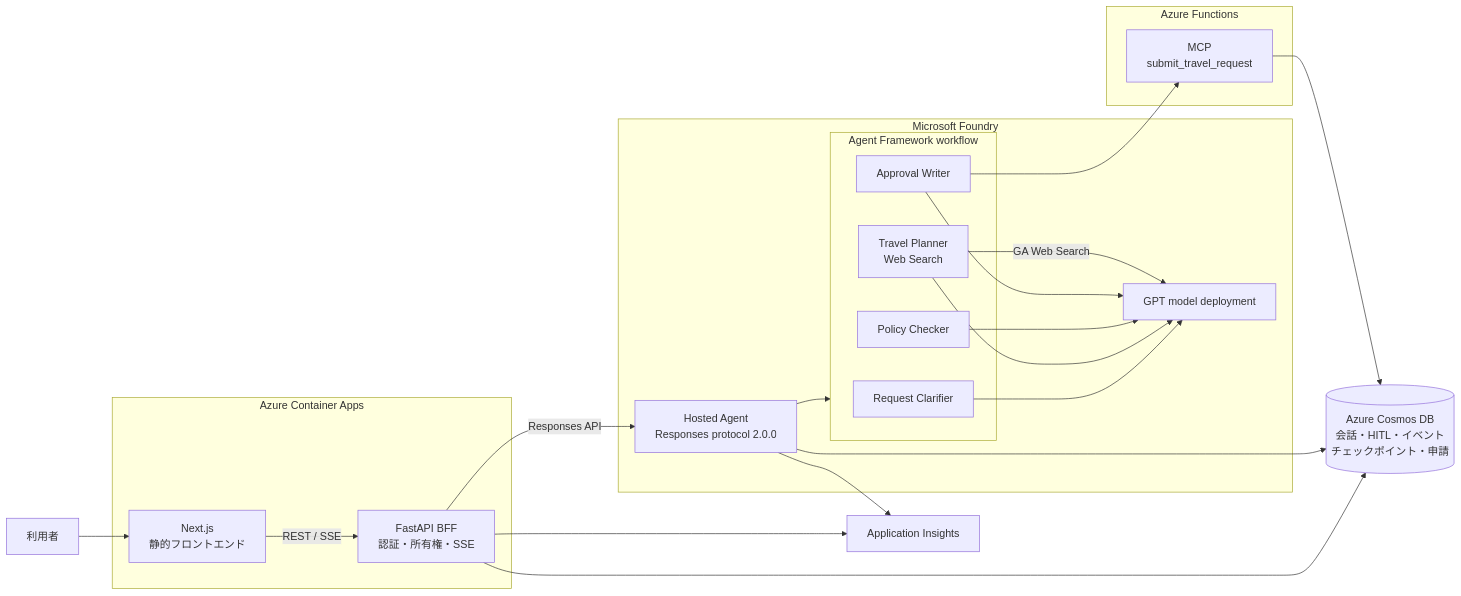
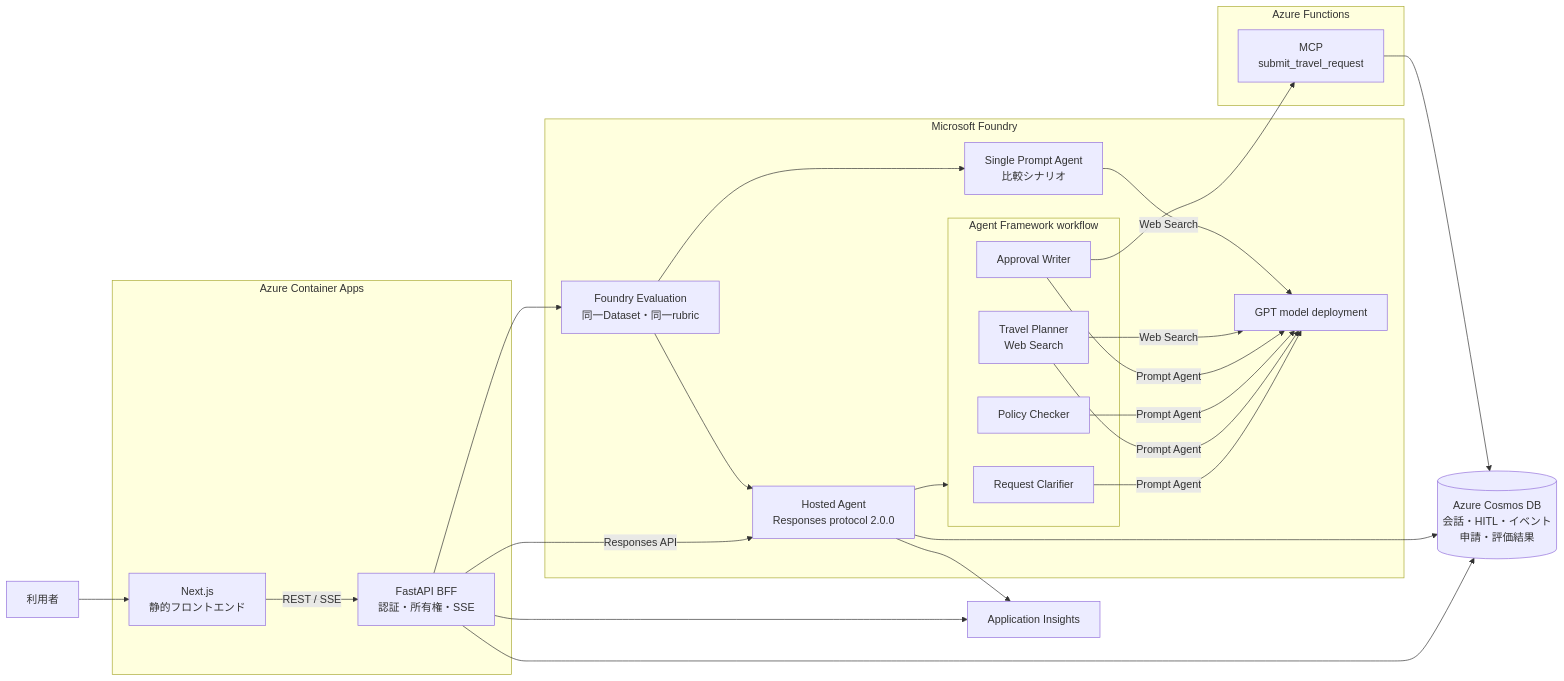
The first of 2 diagrams in README.md (teshi22/grobal_azure_demo), drawn with Mermaid before and after one commit. The commit also changed other lines of this file and 38 other files, not shown here.

First line of the commit message:
feat: compare Foundry agent architectures

````diff
--- a/README.md
+++ b/README.md
@@ -11,39 +11,45 @@
 ```mermaid
 flowchart LR
     User["利用者"]
 
     subgraph CA["Azure Container Apps"]
         Web["Next.js<br/>静的フロントエンド"]
         BFF["FastAPI BFF<br/>認証・所有権・SSE"]
     end
 
     subgraph Foundry["Microsoft Foundry"]
         Host["Hosted Agent<br/>Responses protocol 2.0.0"]
         subgraph AF["Agent Framework workflow"]
             Clarifier["Request Clarifier"]
             Planner["Travel Planner<br/>Web Search"]
             Policy["Policy Checker"]
             Writer["Approval Writer"]
         end
+        Single["Single Prompt Agent<br/>比較シナリオ"]
+        Evaluation["Foundry Evaluation<br/>同一Dataset・同一rubric"]
         Model["GPT model deployment"]
     end
 
     subgraph Function["Azure Functions"]
         MCP["MCP<br/>submit_travel_request"]
     end
 
-    Cosmos[("Azure Cosmos DB<br/>会話・HITL・イベント<br/>チェックポイント・申請")]
+    Cosmos[("Azure Cosmos DB<br/>会話・HITL・イベント<br/>申請・評価結果")]
     Insights["Application Insights"]
 
     User --> Web
     Web -->|"REST / SSE"| BFF
     BFF -->|"Responses API"| Host
     Host --> AF
-    Clarifier & Planner & Policy & Writer --> Model
-    Planner -->|"GA Web Search"| Model
+    Clarifier & Planner & Policy & Writer -->|"Prompt Agent"| Model
+    Planner -->|"Web Search"| Model
+    BFF --> Evaluation
+    Evaluation --> Host
+    Evaluation --> Single
+    Single -->|"Web Search"| Model
     Writer --> MCP
     BFF --> Cosmos
     Host --> Cosmos
     MCP --> Cosmos
     BFF & Host --> Insights
 ```
````
